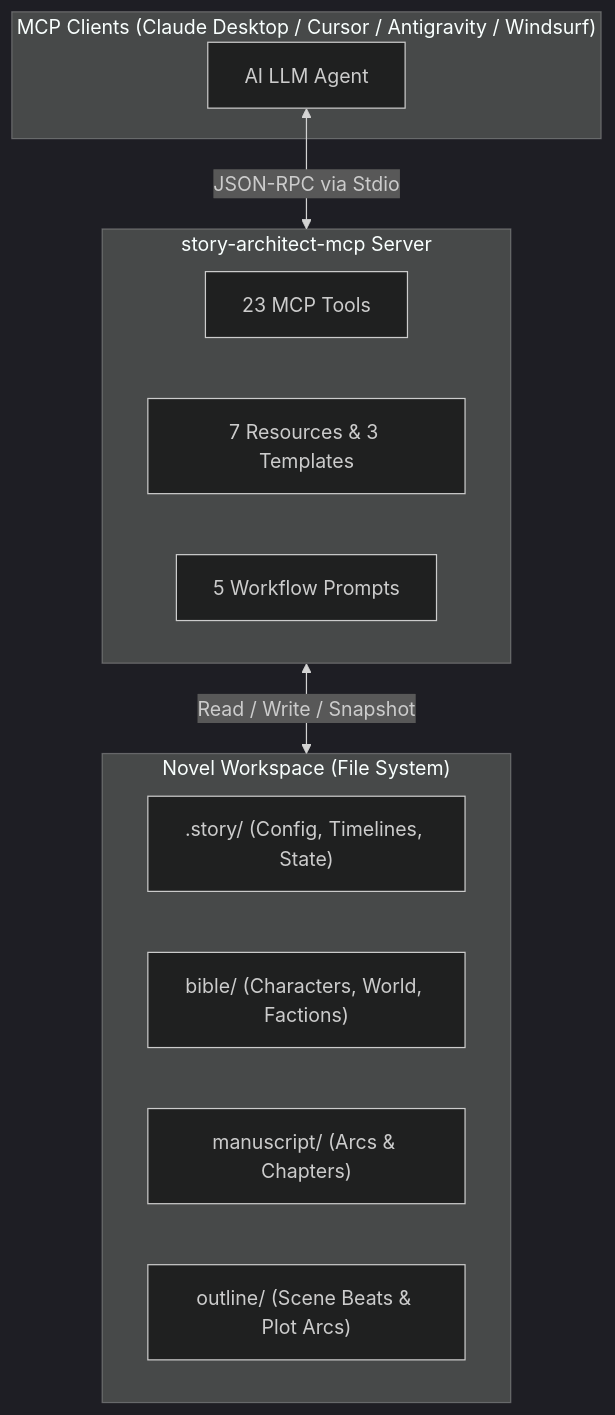
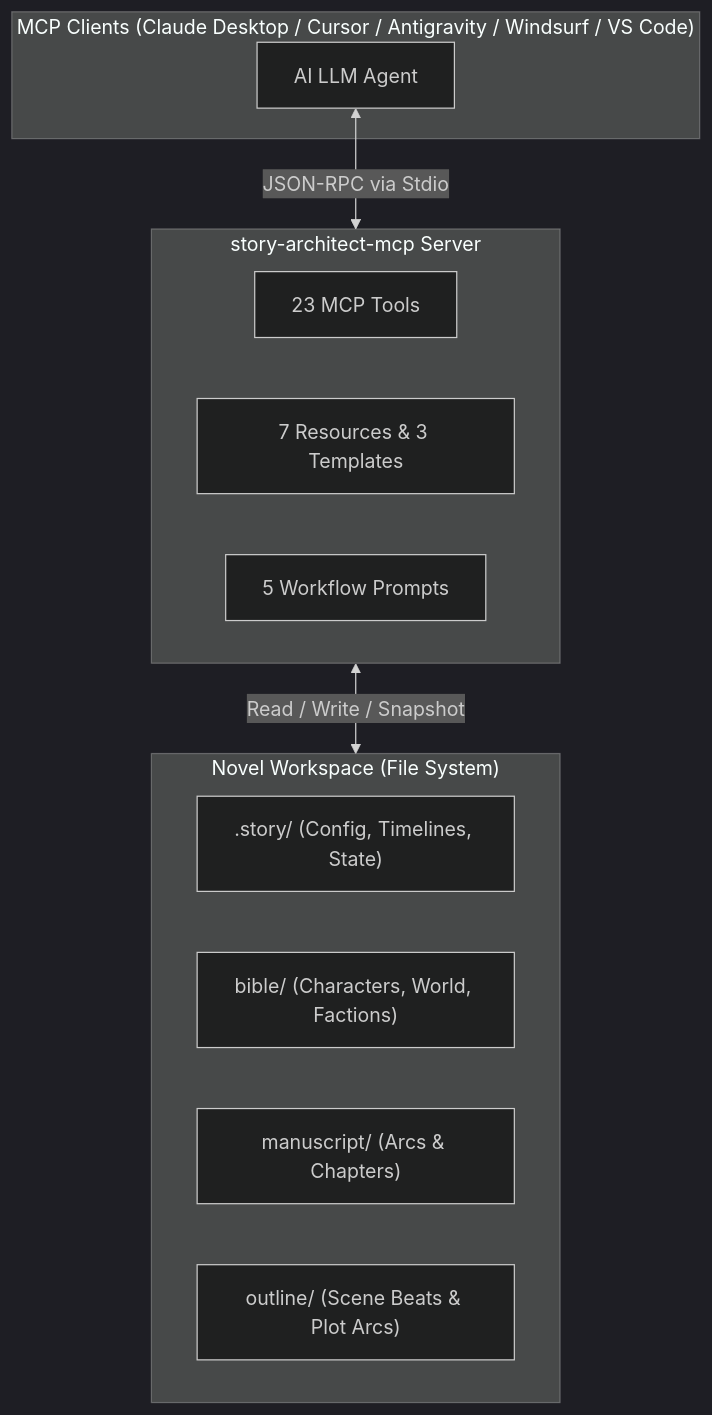
One commit to PTCuong-1102/story-architect-mcp changed the diagram in README.md. Above: the diagram before and after it, drawn with Mermaid (dark theme). The commit also changed other lines of this file and 12 other files, not shown here.

Commit message:
feat: implement CLI tool with automated installation, novel scaffolding, and multi-platform MCP client configuration support

````diff
--- a/README.md
+++ b/README.md
@@ -24,22 +24,22 @@
 ```mermaid
 flowchart TD
-    subgraph Client["MCP Clients (Claude Desktop / Cursor / Antigravity / Windsurf)"]
+    subgraph Client["MCP Clients (Claude Desktop / Cursor / Antigravity / Windsurf / VS Code)"]
         AI["AI LLM Agent"]
     end
 
     subgraph MCP["story-architect-mcp Server"]
         Tools["23 MCP Tools"]
         Res["7 Resources & 3 Templates"]
         Prompts["5 Workflow Prompts"]
     end
 
     subgraph Storage["Novel Workspace (File System)"]
         StoryMeta[".story/ (Config, Timelines, State)"]
         Bible["bible/ (Characters, World, Factions)"]
         Manuscript["manuscript/ (Arcs & Chapters)"]
         Outline["outline/ (Scene Beats & Plot Arcs)"]
     end
 
     AI <-->|JSON-RPC via Stdio| MCP
     MCP <-->|Read / Write / Snapshot| Storage
 ```
````
